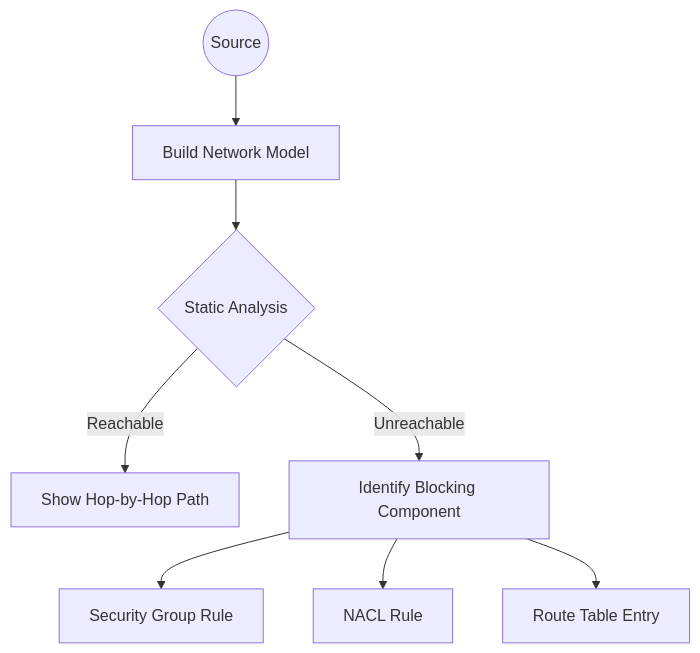
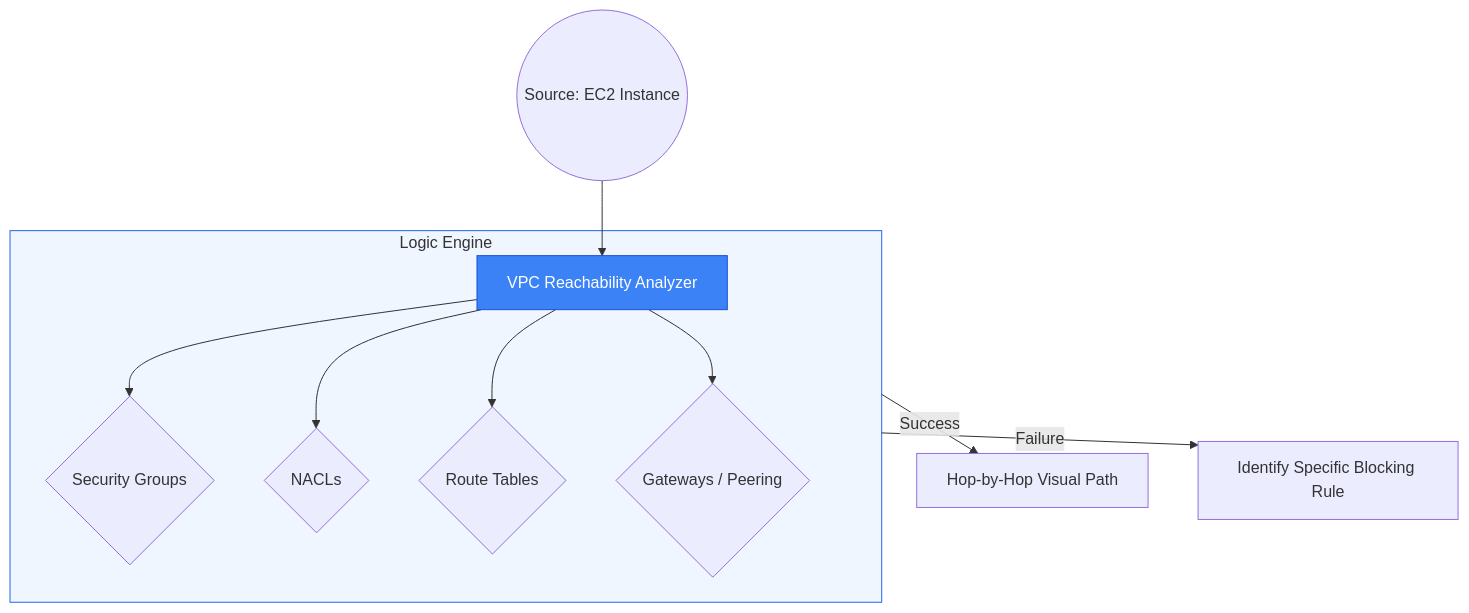
One commit to Ganil151/Devops changed the diagram in 2-Intermediate/01-Phase-1/01-Networking/10-Monitoring-and-Troubleshooting/02-Reachability-Analyzer-Network-Insights/README.md. Above: the diagram before and after it, drawn with Mermaid. The commit also changed other lines of this file and 51 other files, not shown here.

````diff
--- a/2-Intermediate/01-Phase-1/01-Networking/10-Monitoring-and-Troubleshooting/02-Reachability-Analyzer-Network-Insights/README.md
+++ b/2-Intermediate/01-Phase-1/01-Networking/10-Monitoring-and-Troubleshooting/02-Reachability-Analyzer-Network-Insights/README.md
@@ -13,10 +5,17 @@
 ```mermaid
 graph TD
-    Start((Source)) --> Model[Build Network Model]
-    Model --> Analysis{Static Analysis}
-    Analysis -->|Reachable| Path[Show Hop-by-Hop Path]
-    Analysis -->|Unreachable| Error[Identify Blocking Component]
-    Error --> SG[Security Group Rule]
-    Error --> NACL[NACL Rule]
-    Error --> RT[Route Table Entry]
+    Source((Source: EC2 Instance)) --> Analysis[VPC Reachability Analyzer]
+    
+    subgraph Model_Inspection[Logic Engine]
+        Analysis --> SG{Security Groups}
+        Analysis --> NACL{NACLs}
+        Analysis --> RT{Route Tables}
+        Analysis --> GW{Gateways / Peering}
+    end
+
+    Model_Inspection -->|Success| Path[Hop-by-Hop Visual Path]
+    Model_Inspection -->|Failure| Block[Identify Specific Blocking Rule]
+
+    style Analysis fill:#3b82f6,stroke:#1d4ed8,color:#fff
+    style Model_Inspection fill:#eff6ff,stroke:#2563eb
 ```
````
